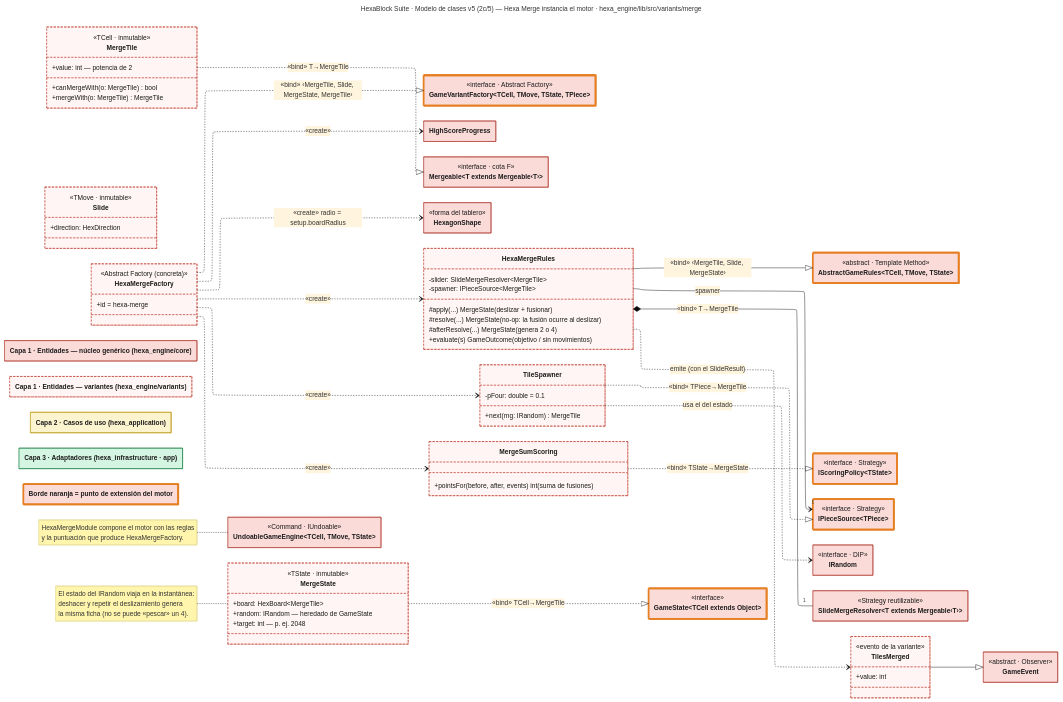
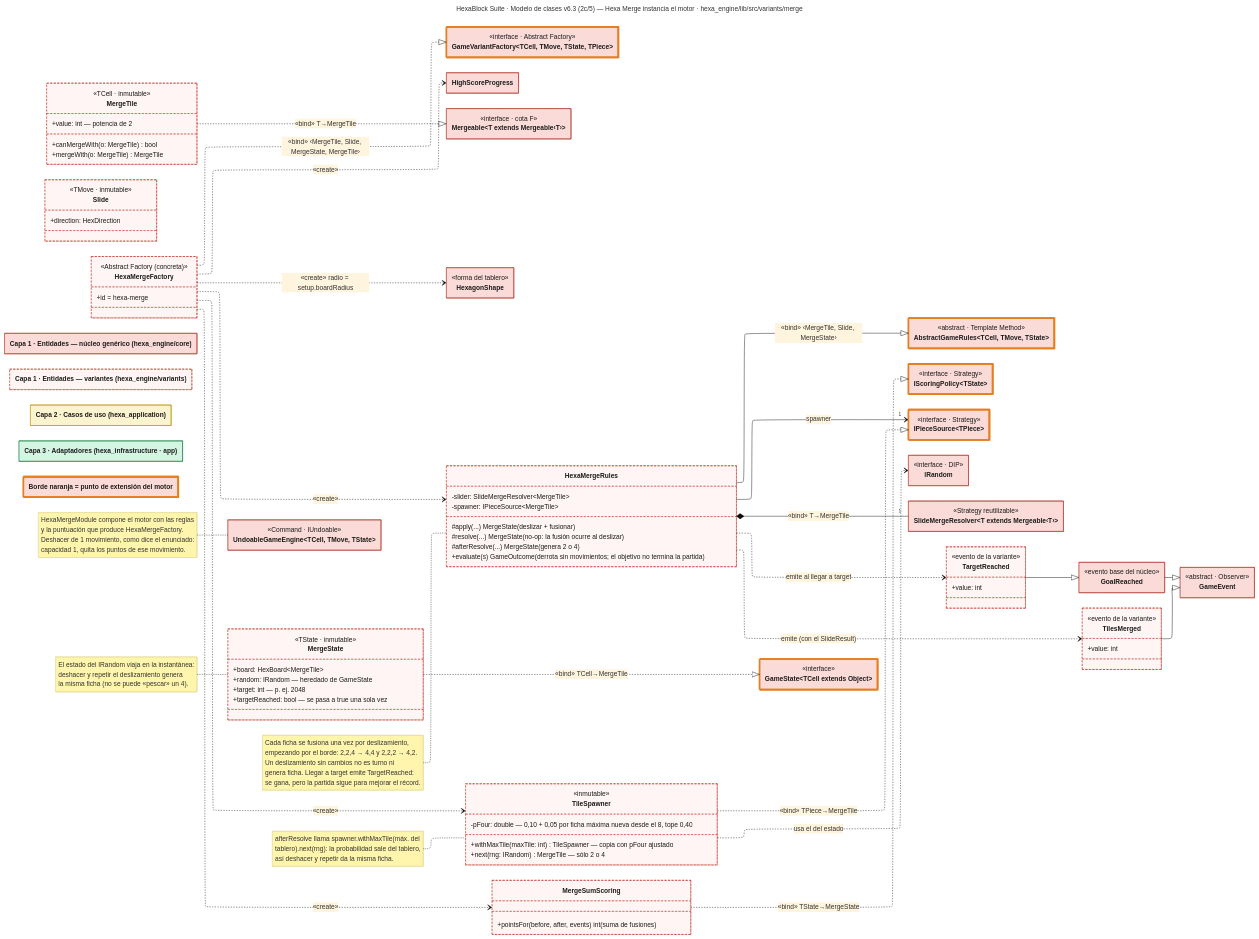
Before and after one commit to hexablock-g5-ucab/hexablock-app: the diagram in docs/diagrams/02c-merge.mmd, drawn with Mermaid. The commit also changed 23 other files, not shown here.

Commit message:
docs(docs): publish class model v6.3 and full readme diagram

```diff
--- a/docs/diagrams/02c-merge.mmd
+++ b/docs/diagrams/02c-merge.mmd
@@ -1,151 +1,168 @@
 ---
-title: "HexaBlock Suite · Modelo de clases v5 (2c/5) — Hexa Merge instancia el motor · hexa_engine/lib/src/variants/merge"
+title: "HexaBlock Suite · Modelo de clases v6.3 (2c/5) — Hexa Merge instancia el motor · hexa_engine/lib/src/variants/merge"
 config:
   layout: elk
   theme: base
   themeVariables:
     fontFamily: "Inter"
     fontSize: "15px"
   class:
     hideEmptyMembersBox: true
 ---
 classDiagram
   direction LR
 
   %% ===================== CONTRATOS DEL NÚCLEO (detalle en la vista 1) =====================
   class AbstractGameRules~TCell, TMove, TState~ {
     <<abstract · Template Method>>
   }
   class GameState~TCell extends Object~ {
     <<interface>>
   }
   class IScoringPolicy~TState~ {
     <<interface · Strategy>>
   }
   class IPieceSource~TPiece~ {
     <<interface · Strategy>>
   }
   class GameVariantFactory~TCell, TMove, TState, TPiece~ {
     <<interface · Abstract Factory>>
   }
   class HighScoreProgress
   class UndoableGameEngine~TCell, TMove, TState~ {
     <<Command · IUndoable>>
   }
   class IRandom {
     <<interface · DIP>>
   }
   class Mergeable~T extends Mergeable‹T›~ {
     <<interface · cota F>>
   }
   class SlideMergeResolver~T extends Mergeable‹T›~ {
     <<Strategy reutilizable>>
   }
   class HexagonShape {
     <<forma del tablero>>
   }
   class GameEvent {
     <<abstract · Observer>>
   }
+  class GoalReached {
+    <<evento base del núcleo>>
+  }
 
   %% ===================== C · HEXA MERGE (radio 2, 2048 en 6 direcciones) =====================
   class MergeTile {
     <<TCell · inmutable>>
     +value: int — potencia de 2
     +canMergeWith(o: MergeTile) bool
     +mergeWith(o: MergeTile) MergeTile
   }
   class Slide {
     <<TMove · inmutable>>
     +direction: HexDirection
   }
   class MergeState {
     <<TState · inmutable>>
     +board: HexBoard~MergeTile~
     +random: IRandom — heredado de GameState
     +target: int — p. ej. 2048
+    +targetReached: bool — se pasa a true una sola vez
   }
   class HexaMergeRules {
     -slider: SlideMergeResolver~MergeTile~
     -spawner: IPieceSource~MergeTile~
     #apply(...) MergeState  (deslizar + fusionar)
     #resolve(...) MergeState  (no-op: la fusión ocurre al deslizar)
     #afterResolve(...) MergeState  (genera 2 o 4)
-    +evaluate(s) GameOutcome  (objetivo / sin movimientos)
+    +evaluate(s) GameOutcome  (derrota sin movimientos; el objetivo no termina la partida)
   }
   class TileSpawner {
-    -pFour: double = 0.1
-    +next(rng: IRandom) MergeTile
+    <<inmutable>>
+    -pFour: double — 0,10 + 0,05 por ficha máxima nueva desde el 8, tope 0,40
+    +withMaxTile(maxTile: int) TileSpawner — copia con pFour ajustado
+    +next(rng: IRandom) MergeTile — sólo 2 o 4
+  }
+  class TargetReached {
+    <<evento de la variante>>
+    +value: int
   }
   class TilesMerged {
     <<evento de la variante>>
     +value: int
   }
   class MergeSumScoring {
     +pointsFor(before, after, events) int  (suma de fusiones)
   }
   class HexaMergeFactory {
     <<Abstract Factory (concreta)>>
     +id = hexa-merge
   }
   MergeTile ..|> Mergeable : «bind» T→MergeTile
   MergeState ..|> GameState : «bind» TCell→MergeTile
   HexaMergeRules --|> AbstractGameRules : «bind» ‹MergeTile, Slide, MergeState›
   HexaMergeRules *-- "1" SlideMergeResolver : «bind» T→MergeTile
   HexaMergeRules --> "1" IPieceSource : spawner
   TileSpawner ..|> IPieceSource : «bind» TPiece→MergeTile
   TileSpawner ..> IRandom : usa el del estado
   TilesMerged --|> GameEvent
   HexaMergeRules ..> TilesMerged : emite (con el SlideResult)
+  GoalReached --|> GameEvent
+  TargetReached --|> GoalReached
+  HexaMergeRules ..> TargetReached : emite al llegar a target
   MergeSumScoring ..|> IScoringPolicy : «bind» TState→MergeState
   HexaMergeFactory ..|> GameVariantFactory : «bind» ‹MergeTile, Slide, MergeState, MergeTile›
   HexaMergeFactory ..> HexagonShape : «create» radio = setup.boardRadius
   HexaMergeFactory ..> TileSpawner : «create»
   HexaMergeFactory ..> HexaMergeRules : «create»
   HexaMergeFactory ..> MergeSumScoring : «create»
   HexaMergeFactory ..> HighScoreProgress : «create»
-  note for UndoableGameEngine "HexaMergeModule compone el motor con las reglas<br>y la puntuación que produce HexaMergeFactory."
+  note for UndoableGameEngine "HexaMergeModule compone el motor con las reglas<br>y la puntuación que produce HexaMergeFactory.<br>Deshacer de 1 movimiento, como dice el enunciado:<br>capacidad 1, quita los puntos de ese movimiento."
+  note for HexaMergeRules "Cada ficha se fusiona una vez por deslizamiento,<br>empezando por el borde: 2,2,4 → 4,4 y 2,2,2 → 4,2.<br>Un deslizamiento sin cambios no es turno ni<br>genera ficha. Llegar a target emite TargetReached:<br>se gana, pero la partida sigue para mejorar el récord."
+  note for TileSpawner "afterResolve llama spawner.withMaxTile(máx. del<br>tablero).next(rng): la probabilidad sale del tablero,<br>así deshacer y repetir da la misma ficha."
   note for MergeState "El estado del IRandom viaja en la instantánea:<br>deshacer y repetir el deslizamiento genera<br>la misma ficha (no se puede «pescar» un 4)."
 
   %% ===================== LEYENDA =====================
   class LEG1["Capa 1 · Entidades — núcleo genérico (hexa_engine/core)"]
   class LEG1b["Capa 1 · Entidades — variantes (hexa_engine/variants)"]
   class LEG2["Capa 2 · Casos de uso (hexa_application)"]
   class LEG3["Capa 3 · Adaptadores (hexa_infrastructure · app)"]
   class LEG5["Borde naranja = punto de extensión del motor"]
 %% layer:domain LEG1
 %% layer:variant LEG1b
 %% layer:application LEG2
 %% layer:adapter LEG3
 %% layer:extension LEG5
 
 %% layer:extension AbstractGameRules GameState IScoringPolicy IPieceSource GameVariantFactory
-%% layer:domain HighScoreProgress UndoableGameEngine IRandom Mergeable SlideMergeResolver HexagonShape GameEvent
-%% layer:variant MergeTile Slide MergeState HexaMergeRules TileSpawner MergeSumScoring HexaMergeFactory TilesMerged
+%% layer:domain HighScoreProgress UndoableGameEngine IRandom Mergeable SlideMergeResolver HexagonShape GameEvent GoalReached
+%% layer:variant MergeTile Slide MergeState HexaMergeRules TileSpawner MergeSumScoring HexaMergeFactory TilesMerged TargetReached
 
   %% ---- colores por capa ----
   style LEG1 fill:#FADBD8,stroke:#B03A2E,color:#1B1B1B
   style LEG1b fill:#FEF5F4,stroke:#C0392B,stroke-dasharray:5 3,color:#1B1B1B
   style LEG2 fill:#FCF3CF,stroke:#B7950B,color:#1B1B1B
   style LEG3 fill:#D5F5E3,stroke:#1E8449,color:#1B1B1B
   style LEG5 fill:#FADBD8,stroke:#E67E22,stroke-width:4px,color:#1B1B1B
   style AbstractGameRules fill:#FADBD8,stroke:#E67E22,stroke-width:4px,color:#1B1B1B
   style GameState fill:#FADBD8,stroke:#E67E22,stroke-width:4px,color:#1B1B1B
   style IScoringPolicy fill:#FADBD8,stroke:#E67E22,stroke-width:4px,color:#1B1B1B
   style IPieceSource fill:#FADBD8,stroke:#E67E22,stroke-width:4px,color:#1B1B1B
   style GameVariantFactory fill:#FADBD8,stroke:#E67E22,stroke-width:4px,color:#1B1B1B
   style HighScoreProgress fill:#FADBD8,stroke:#B03A2E,color:#1B1B1B
   style UndoableGameEngine fill:#FADBD8,stroke:#B03A2E,color:#1B1B1B
   style IRandom fill:#FADBD8,stroke:#B03A2E,color:#1B1B1B
   style Mergeable fill:#FADBD8,stroke:#B03A2E,color:#1B1B1B
   style SlideMergeResolver fill:#FADBD8,stroke:#B03A2E,color:#1B1B1B
   style HexagonShape fill:#FADBD8,stroke:#B03A2E,color:#1B1B1B
   style GameEvent fill:#FADBD8,stroke:#B03A2E,color:#1B1B1B
+  style GoalReached fill:#FADBD8,stroke:#B03A2E,color:#1B1B1B
   style MergeTile fill:#FEF5F4,stroke:#C0392B,stroke-dasharray:5 3,color:#1B1B1B
   style Slide fill:#FEF5F4,stroke:#C0392B,stroke-dasharray:5 3,color:#1B1B1B
   style MergeState fill:#FEF5F4,stroke:#C0392B,stroke-dasharray:5 3,color:#1B1B1B
   style HexaMergeRules fill:#FEF5F4,stroke:#C0392B,stroke-dasharray:5 3,color:#1B1B1B
   style TileSpawner fill:#FEF5F4,stroke:#C0392B,stroke-dasharray:5 3,color:#1B1B1B
   style MergeSumScoring fill:#FEF5F4,stroke:#C0392B,stroke-dasharray:5 3,color:#1B1B1B
   style HexaMergeFactory fill:#FEF5F4,stroke:#C0392B,stroke-dasharray:5 3,color:#1B1B1B
   style TilesMerged fill:#FEF5F4,stroke:#C0392B,stroke-dasharray:5 3,color:#1B1B1B
+  style TargetReached fill:#FEF5F4,stroke:#C0392B,stroke-dasharray:5 3,color:#1B1B1B
```
